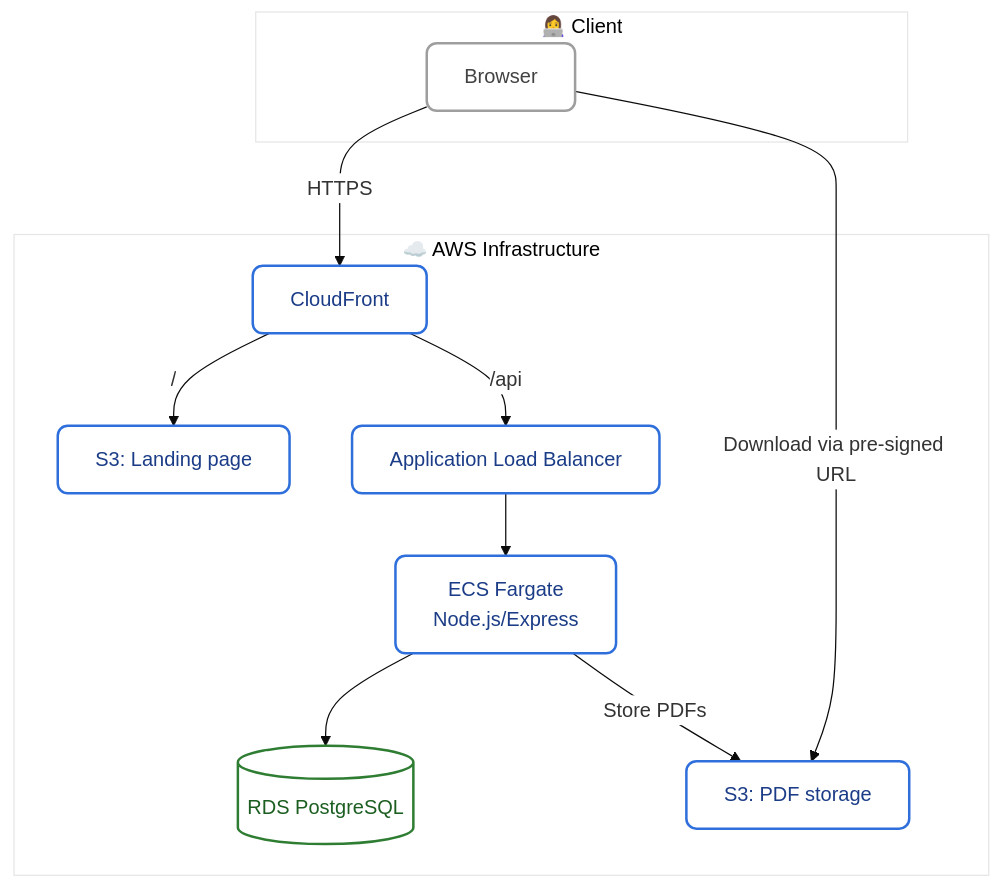
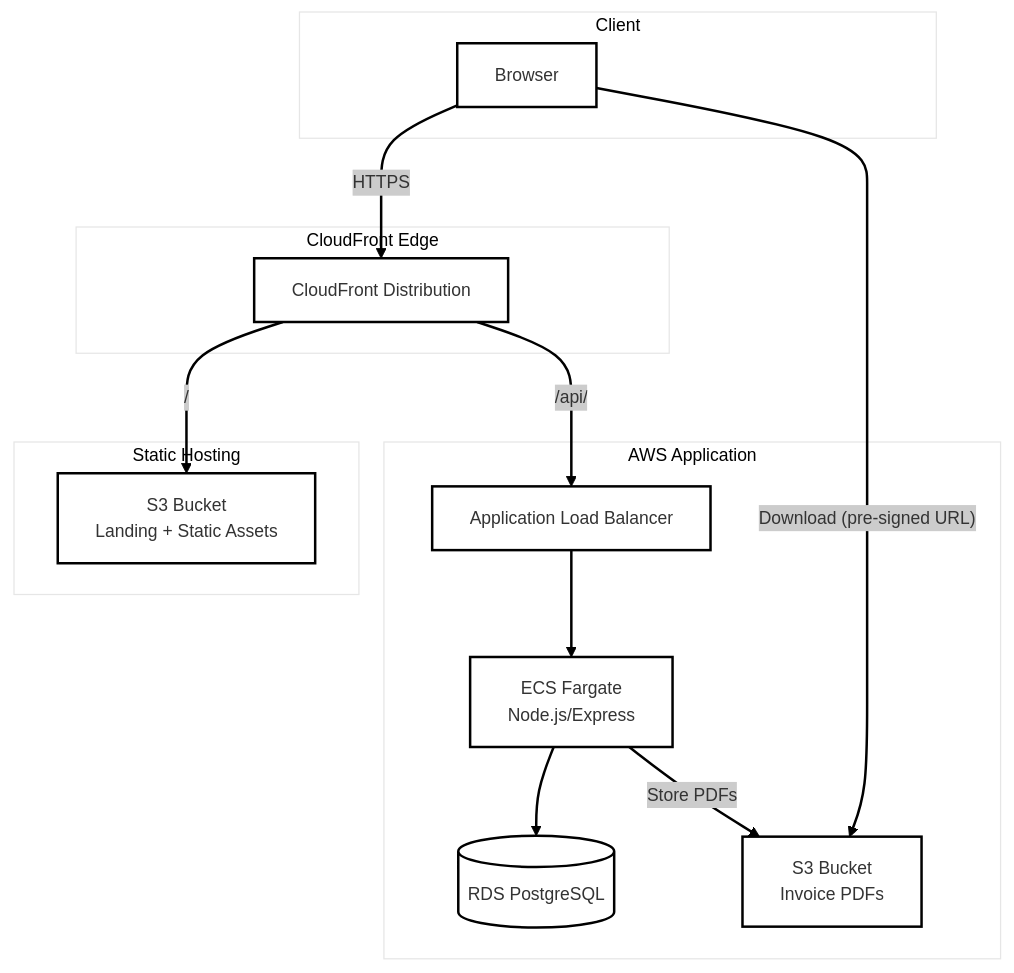
The diagram in README.md (juhawilppu/siikli), drawn with Mermaid before and after one commit. The commit also changed other lines of this file and 4 other files, not shown here.

````diff
--- a/README.md
+++ b/README.md
@@ -59,39 +37,33 @@
 ```mermaid
-%%{init: {'theme': 'base', 'themeVariables': { 'primaryColor': '#ffffff', 'edgeLabelBackground':'#ffffff', 'tertiaryColor': '#ffffff'}}}%%
-
-flowchart TD
-    Browser -->|HTTPS| CF
-
-    subgraph Client["👩‍💻 Client"]
+---
+config:
+  theme: neo
+  themeCSS: >-
+    .mermaid rect { fill: #ffffff !important; } .mermaid { background-color:
+    #ffffff !important; }
+  look: classic
+---
+flowchart TB
+    subgraph Client["Client"]
         Browser[Browser]
     end
-
-    subgraph AWS["☁️ AWS Infrastructure"]
-        CF[CloudFront]
-
-        S3_LP[S3: Landing page]
-        S3_PDF[S3: PDF storage]
-
+    subgraph CDN["CloudFront Edge"]
+        CF[CloudFront Distribution]
+    end
+    subgraph Backend["AWS Application"]
         ALB[Application Load Balancer]
         ECS[ECS Fargate<br/>Node.js/Express]
         RDS[(RDS PostgreSQL)]
+        S3_PDF[S3 Bucket<br/>Invoice PDFs]
     end
-
+    subgraph StaticHosting["Static Hosting"]
+        S3_LP[S3 Bucket<br/>Landing + Static Assets]
+    end
+    Browser -->|"HTTPS"| CF
     CF -->|"/"| S3_LP
-    CF -->|"/api"| ALB
-
+    CF -->|"/api/"| ALB
     ALB --> ECS
     ECS --> RDS
-
-    ECS -->|Store PDFs| S3_PDF
-    Browser -->|Download via pre-signed URL| S3_PDF
-
-    %% Styling
-    classDef client fill:#FFFFFF,stroke:#9E9E9E,color:#424242,stroke-width:2px,rx:8,ry:8;
-    classDef aws fill:#FFFFFF,stroke:#2F6FDB,color:#1B3C87,stroke-width:2px,rx:8,ry:8;
-    classDef db fill:#FFFFFF,stroke:#2E7D32,color:#1B5E20,stroke-width:2px,rx:8,ry:8;
-
-    class Browser client
-    class CF,S3_LP,S3_PDF,ALB,ECS aws
-    class RDS db
+    ECS -->|"Store PDFs"| S3_PDF
+    Browser -->|"Download (pre-signed URL)"| S3_PDF
 ```
````
